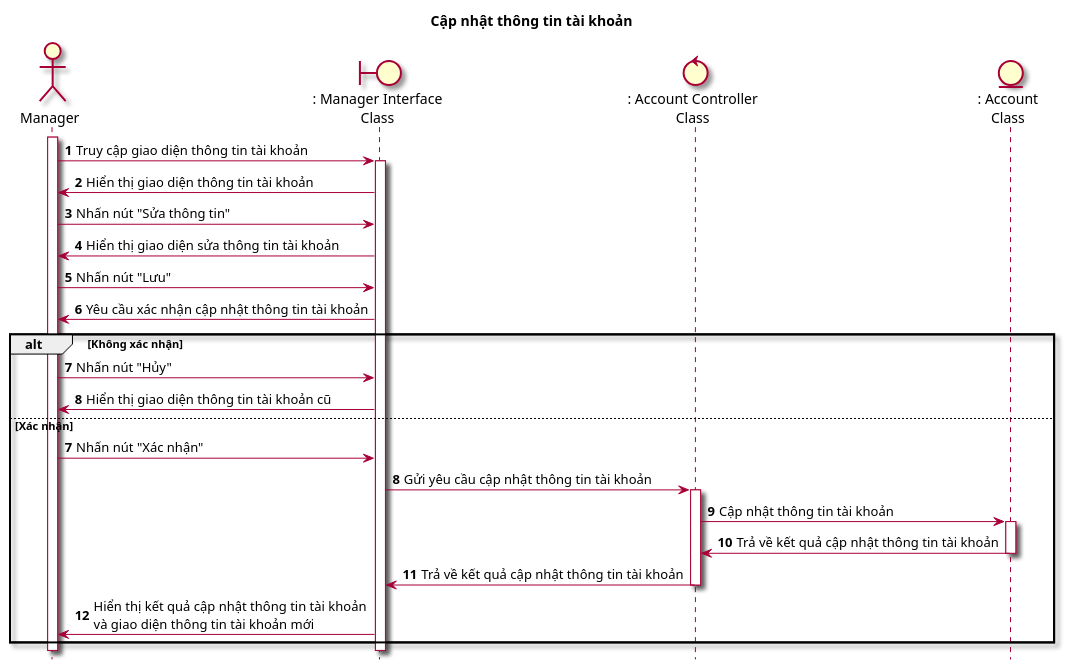
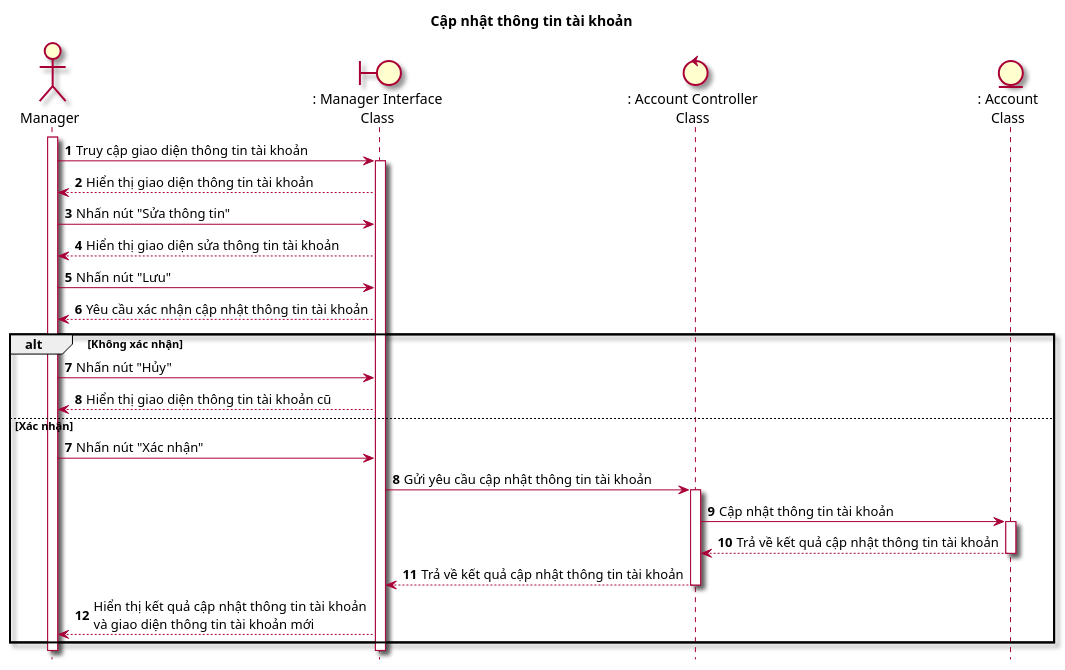
The diagram in Lab1/Lab 1.2 Diagram/Sequence/FilePUML/17.3. SeqCapNhatThongTinTaiKhoan.puml (Griselda4774/EAS-EmploymentAssistanceSystem), drawn with PlantUML before and after one commit. The commit also changed 40 other files, not shown here.

Commit message:
Change Sequence diagram

```diff
--- a/Lab1/Lab 1.2 Diagram/Sequence/FilePUML/17.3. SeqCapNhatThongTinTaiKhoan.puml
+++ b/Lab1/Lab 1.2 Diagram/Sequence/FilePUML/17.3. SeqCapNhatThongTinTaiKhoan.puml
@@ -1,34 +1,34 @@
 @startuml CapNhatThongTinTaiKhoan
 
 skin rose
 hide footbox
 
 title Cập nhật thông tin tài khoản
 
 actor "Manager" as quanLy
 boundary ": Manager Interface\nClass" as managerInterface
 control ": Account Controller\nClass" as accountController
 entity ": Account\nClass" as account
 
 autonumber
 quanLy++
 quanLy->managerInterface++ : Truy cập giao diện thông tin tài khoản
-managerInterface->quanLy : Hiển thị giao diện thông tin tài khoản
+managerInterface-->quanLy : Hiển thị giao diện thông tin tài khoản
 quanLy->managerInterface : Nhấn nút "Sửa thông tin"
-managerInterface->quanLy : Hiển thị giao diện sửa thông tin tài khoản
+managerInterface-->quanLy : Hiển thị giao diện sửa thông tin tài khoản
 quanLy->managerInterface : Nhấn nút "Lưu"
-managerInterface->quanLy : Yêu cầu xác nhận cập nhật thông tin tài khoản
+managerInterface-->quanLy : Yêu cầu xác nhận cập nhật thông tin tài khoản
 alt Không xác nhận
 quanLy->managerInterface : Nhấn nút "Hủy"
-managerInterface->quanLy : Hiển thị giao diện thông tin tài khoản cũ
+managerInterface-->quanLy : Hiển thị giao diện thông tin tài khoản cũ
 else Xác nhận
 autonumber 7
 quanLy->managerInterface : Nhấn nút "Xác nhận"
 managerInterface->accountController++ : Gửi yêu cầu cập nhật thông tin tài khoản
 accountController->account++ : Cập nhật thông tin tài khoản
-account->accountController-- : Trả về kết quả cập nhật thông tin tài khoản
-accountController->managerInterface-- : Trả về kết quả cập nhật thông tin tài khoản
-managerInterface->quanLy : Hiển thị kết quả cập nhật thông tin tài khoản\nvà giao diện thông tin tài khoản mới
+account-->accountController-- : Trả về kết quả cập nhật thông tin tài khoản
+accountController-->managerInterface-- : Trả về kết quả cập nhật thông tin tài khoản
+managerInterface-->quanLy : Hiển thị kết quả cập nhật thông tin tài khoản\nvà giao diện thông tin tài khoản mới
 end
 
 @enduml
```
